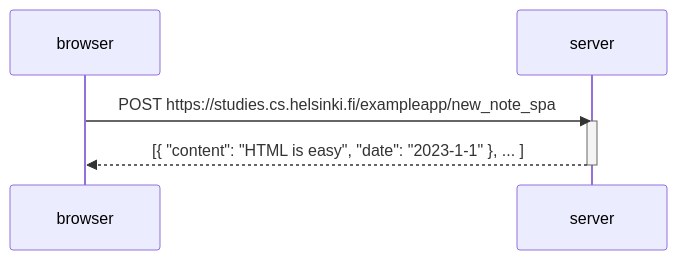
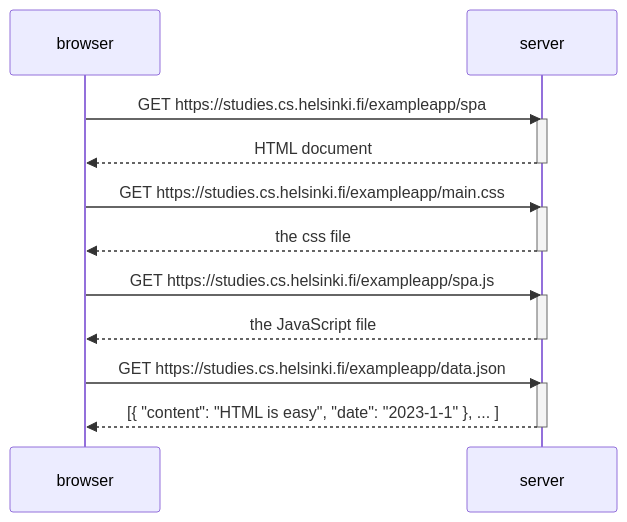
One commit to Rodrylujan/FullStack changed the diagram in part0/0.5/Single page app diagram.md. Above: the diagram before and after it, drawn with Mermaid.

Commit message:
Update Single page app diagram.md

````diff
--- a/part0/0.5/Single page app diagram.md
+++ b/part0/0.5/Single page app diagram.md
@@ -1,11 +1,26 @@
 ```mermaid
 sequenceDiagram
     participant browser
     participant server
 
-    browser->>server: POST https://studies.cs.helsinki.fi/exampleapp/new_note_spa
+    browser->>server: GET https://studies.cs.helsinki.fi/exampleapp/spa
+    activate server
+    server-->>browser: HTML document
+    deactivate server
+
+    browser->>server: GET https://studies.cs.helsinki.fi/exampleapp/main.css
+    activate server
+    server-->>browser: the css file
+    deactivate server
+
+    browser->>server: GET https://studies.cs.helsinki.fi/exampleapp/spa.js
+    activate server
+    server-->>browser: the JavaScript file
+    deactivate server
+
+    browser->>server: GET https://studies.cs.helsinki.fi/exampleapp/data.json
     activate server
     server-->>browser: [{ "content": "HTML is easy", "date": "2023-1-1" }, ... ]
     deactivate server
 
 ```
````
